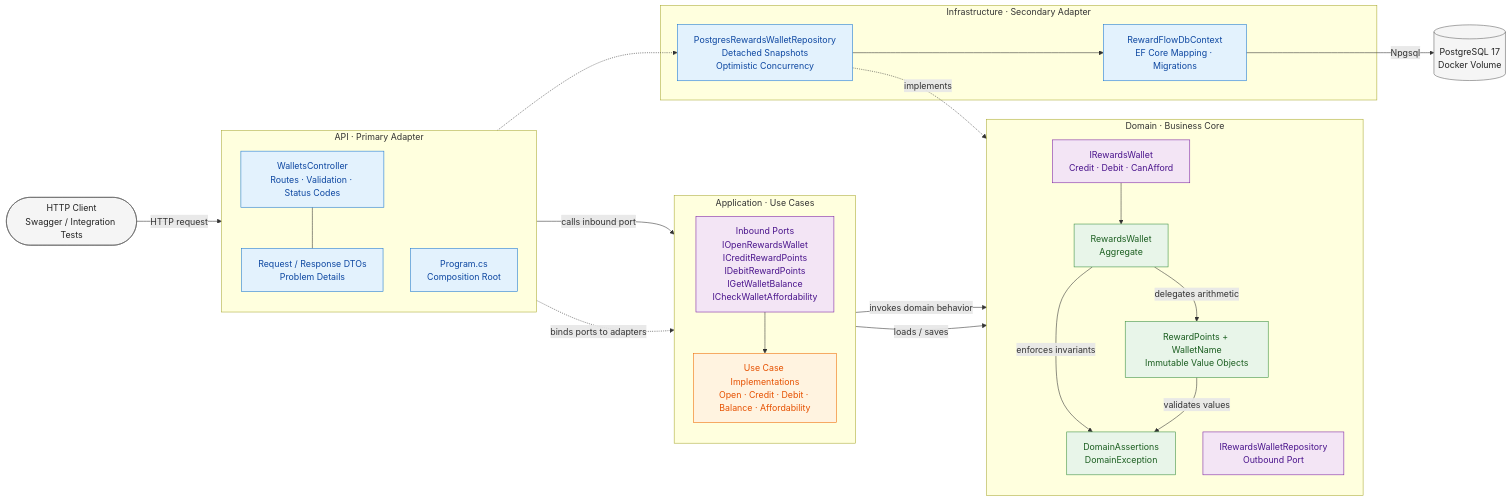
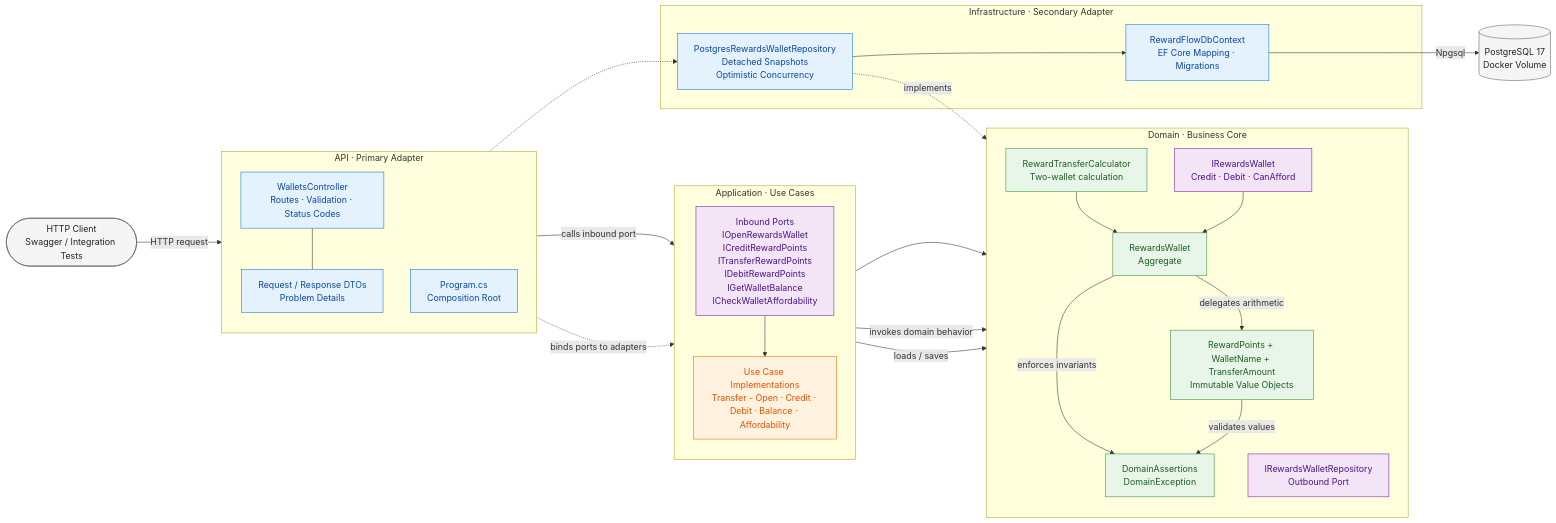
The second of 4 diagrams in README.md (rfulgencio3/RewardFlow.SuppleDesign), drawn with Mermaid before and after one commit. The commit also changed other lines of this file and 48 other files, not shown here.

````diff
--- a/README.md
+++ b/README.md
@@ -226,61 +250,64 @@
 ```mermaid
 flowchart LR
     Client([HTTP Client<br/>Swagger / Integration Tests])
 
     subgraph Api["API · Primary Adapter"]
         direction TB
         Controller["WalletsController<br/>Routes · Validation · Status Codes"]
         DTOs["Request / Response DTOs<br/>Problem Details"]
         Composition["Program.cs<br/>Composition Root"]
         Controller --- DTOs
     end
 
     subgraph Application["Application · Use Cases"]
         direction TB
-        InboundPorts["Inbound Ports<br/>IOpenRewardsWallet<br/>ICreditRewardPoints<br/>IDebitRewardPoints<br/>IGetWalletBalance<br/>ICheckWalletAffordability"]
-        UseCases["Use Case Implementations<br/>Open · Credit · Debit · Balance · Affordability"]
+        InboundPorts["Inbound Ports<br/>IOpenRewardsWallet<br/>ICreditRewardPoints<br/>ITransferRewardPoints<br/>IDebitRewardPoints<br/>IGetWalletBalance<br/>ICheckWalletAffordability"]
+        UseCases["Use Case Implementations<br/>Transfer - Open · Credit · Debit · Balance · Affordability"]
         InboundPorts --> UseCases
     end
 
     subgraph Domain["Domain · Business Core"]
         direction TB
         WalletPort["IRewardsWallet<br/>Credit · Debit · CanAfford"]
         Wallet["RewardsWallet<br/>Aggregate"]
-        Points["RewardPoints + WalletName<br/>Immutable Value Objects"]
+        Points["RewardPoints + WalletName + TransferAmount<br/>Immutable Value Objects"]
         Rules["DomainAssertions<br/>DomainException"]
         RepositoryPort["IRewardsWalletRepository<br/>Outbound Port"]
 
+        Calculator["RewardTransferCalculator<br/>Two-wallet calculation"]
+        UseCases --> Calculator
+        Calculator --> Wallet
         WalletPort --> Wallet
         Wallet -->|delegates arithmetic| Points
         Wallet -->|enforces invariants| Rules
         Points -->|validates values| Rules
     end
 
     subgraph Infrastructure["Infrastructure · Secondary Adapter"]
         Repository["PostgresRewardsWalletRepository<br/>Detached Snapshots<br/>Optimistic Concurrency"]
         DbContext["RewardFlowDbContext<br/>EF Core Mapping · Migrations"]
         Repository --> DbContext
     end
 
     Database[(PostgreSQL 17<br/>Docker Volume)]
 
     Client -->|HTTP request| Controller
     Controller -->|calls inbound port| InboundPorts
     UseCases -->|invokes domain behavior| WalletPort
     UseCases -->|loads / saves| RepositoryPort
     Repository -.->|implements| RepositoryPort
     DbContext -->|Npgsql| Database
     Composition -.->|binds ports to adapters| InboundPorts
     Composition -.-> Repository
 
     classDef external fill:#f5f5f5,stroke:#616161,color:#212121
     classDef adapter fill:#e3f2fd,stroke:#1976d2,color:#0d47a1
     classDef application fill:#fff3e0,stroke:#ef6c00,color:#e65100
     classDef domain fill:#e8f5e9,stroke:#388e3c,color:#1b5e20
     classDef port fill:#f3e5f5,stroke:#7b1fa2,color:#4a148c
     class Client,Database external
     class Controller,DTOs,Composition,Repository,DbContext adapter
     class UseCases application
-    class Wallet,Points,Rules domain
+    class Wallet,Points,Rules,Calculator domain
     class InboundPorts,WalletPort,RepositoryPort port
 ```
````
